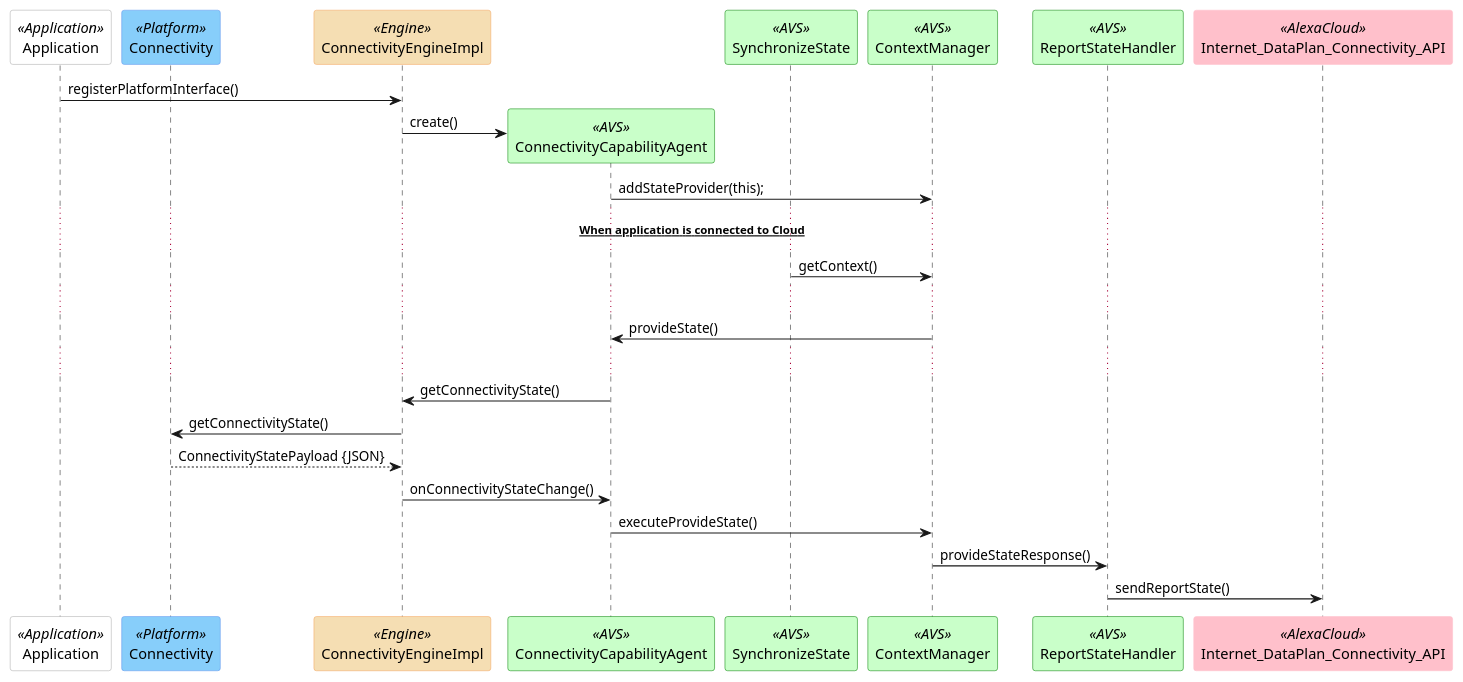
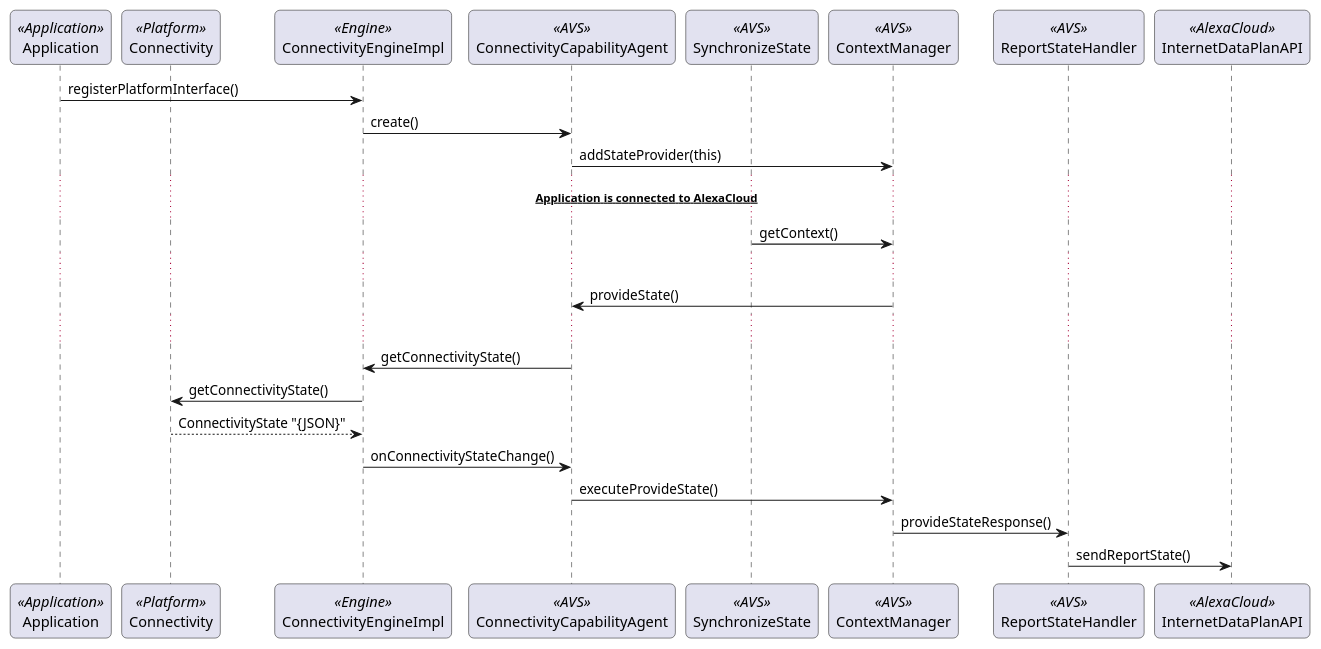
The diagram in platforms/android/modules/connectivity/assets/Connectivity-Sequence-ConnectCloud.puml (alexa/alexa-auto-sdk), drawn with PlantUML before and after one commit. The commit also changed 2020 other files, not shown here.

```diff
--- a/platforms/android/modules/connectivity/assets/Connectivity-Sequence-ConnectCloud.puml
+++ b/platforms/android/modules/connectivity/assets/Connectivity-Sequence-ConnectCloud.puml
@@ -1,43 +1,36 @@
 @startuml
 
-skinparam participant {
-	BackgroundColor White
-	ArrowColor Black
-	BorderColor DarkGray
-    BackgroundColor<<Engine>> Wheat
-	BorderColor<<Engine>> SandyBrown
-    BackgroundColor<<Platform>> LightSkyBlue
-	BorderColor<<Platform>> CornflowerBlue
-    BackgroundColor<<AVS>> TECHNOLOGY
-	BorderColor<<AVS>> Green
-	BorderColor<<AlexaCloud>> Pink
-	BackgroundColor<<AlexaCloud>> Pink
-}
+skinparam roundcorner 10
 
-participant Application <<Application>> order 20
-participant Connectivity <<Platform>> order 30
-participant ConnectivityEngineImpl <<Engine>> order 40
-participant ConnectivityCapabilityAgent <<AVS>> order 50
-participant SynchronizeState <<AVS>> order 60
-participant ContextManager <<AVS>> order 70
-participant ReportStateHandler <<AVS>> order 80
-participant Internet_DataPlan_Connectivity_API <<AlexaCloud>> order 90
+participant Application                 <<Application>> order 10
+participant Connectivity                <<Platform>>    order 20
+participant ConnectivityEngineImpl      <<Engine>>      order 30
+participant ConnectivityCapabilityAgent <<AVS>>         order 40
+participant SynchronizeState            <<AVS>>         order 50
+participant ContextManager              <<AVS>>         order 60
+participant ReportStateHandler          <<AVS>>         order 70
+participant InternetDataPlanAPI         <<AlexaCloud>>  order 80
 
-Application -> ConnectivityEngineImpl: registerPlatformInterface()
-ConnectivityEngineImpl-> ConnectivityCapabilityAgent**:  create()
-ConnectivityCapabilityAgent -> ContextManager : addStateProvider(this);
+Application                 -> ConnectivityEngineImpl      : registerPlatformInterface()
+ConnectivityEngineImpl      -> ConnectivityCapabilityAgent : create()
+ConnectivityCapabilityAgent -> ContextManager              : addStateProvider(this)
 
-... __**When application is connected to Cloud**__ ...
-SynchronizeState -> ContextManager : getContext()
+... __**Application is connected to AlexaCloud**__ ...
+
+SynchronizeState            -> ContextManager              : getContext()
+
 ...
-ContextManager -> ConnectivityCapabilityAgent: provideState()
+
+ContextManager              -> ConnectivityCapabilityAgent : provideState()
+
 ...
-ConnectivityCapabilityAgent-> ConnectivityEngineImpl: getConnectivityState()
-ConnectivityEngineImpl-> Connectivity: getConnectivityState()
-Connectivity --> ConnectivityEngineImpl : ConnectivityStatePayload {JSON}
-ConnectivityEngineImpl -> ConnectivityCapabilityAgent: onConnectivityStateChange()
-ConnectivityCapabilityAgent -> ContextManager : executeProvideState()
-ContextManager -> ReportStateHandler : provideStateResponse()
-ReportStateHandler -> Internet_DataPlan_Connectivity_API : sendReportState()
+
+ConnectivityCapabilityAgent -> ConnectivityEngineImpl      : getConnectivityState()
+ConnectivityEngineImpl      -> Connectivity                : getConnectivityState()
+Connectivity               --> ConnectivityEngineImpl      : ConnectivityState "{JSON}"
+ConnectivityEngineImpl      -> ConnectivityCapabilityAgent : onConnectivityStateChange()
+ConnectivityCapabilityAgent -> ContextManager              : executeProvideState()
+ContextManager              -> ReportStateHandler          : provideStateResponse()
+ReportStateHandler          -> InternetDataPlanAPI         : sendReportState()
 
 @enduml
```
